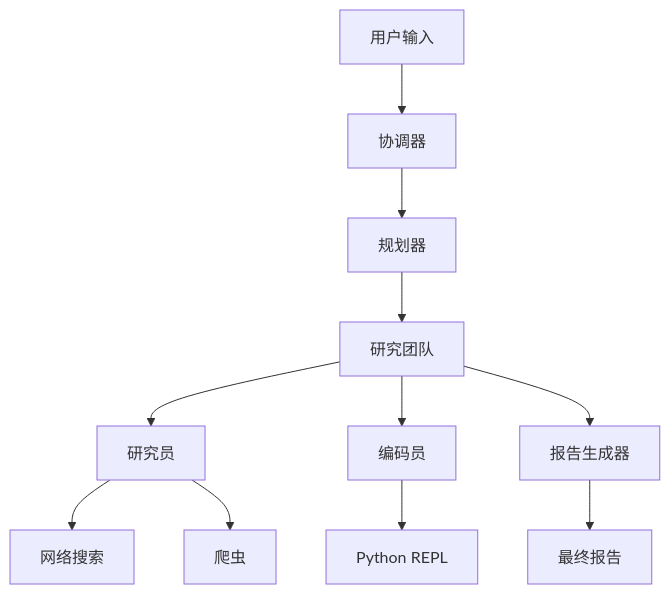
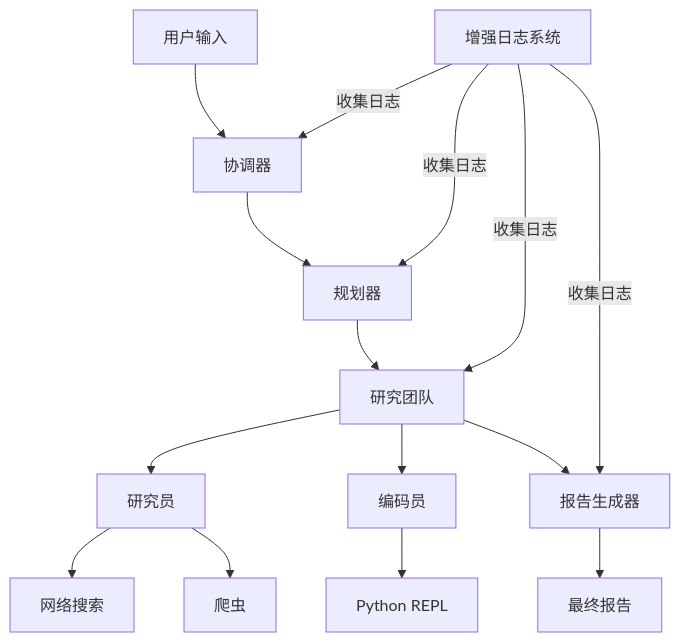
Before and after one commit to zhangler1/deer-flow: the second of 12 diagrams in .qoder/repowiki/zh/content/系统概述.md, drawn with Mermaid. The commit also changed other lines of this file and 27 other files, not shown here.

````diff
--- a/.qoder/repowiki/zh/content/系统概述.md
+++ b/.qoder/repowiki/zh/content/系统概述.md
@@ -86,13 +93,17 @@
 ```mermaid
 graph TD
 A[用户输入] --> B[协调器]
 B --> C[规划器]
 C --> D[研究团队]
 D --> E[研究员]
 D --> F[编码员]
 E --> G[网络搜索]
 E --> H[爬虫]
 F --> I[Python REPL]
 D --> J[报告生成器]
 J --> K[最终报告]
+L[增强日志系统] --> |收集日志| B
+L --> |收集日志| C
+L --> |收集日志| D
+L --> |收集日志| J
 ```
````
